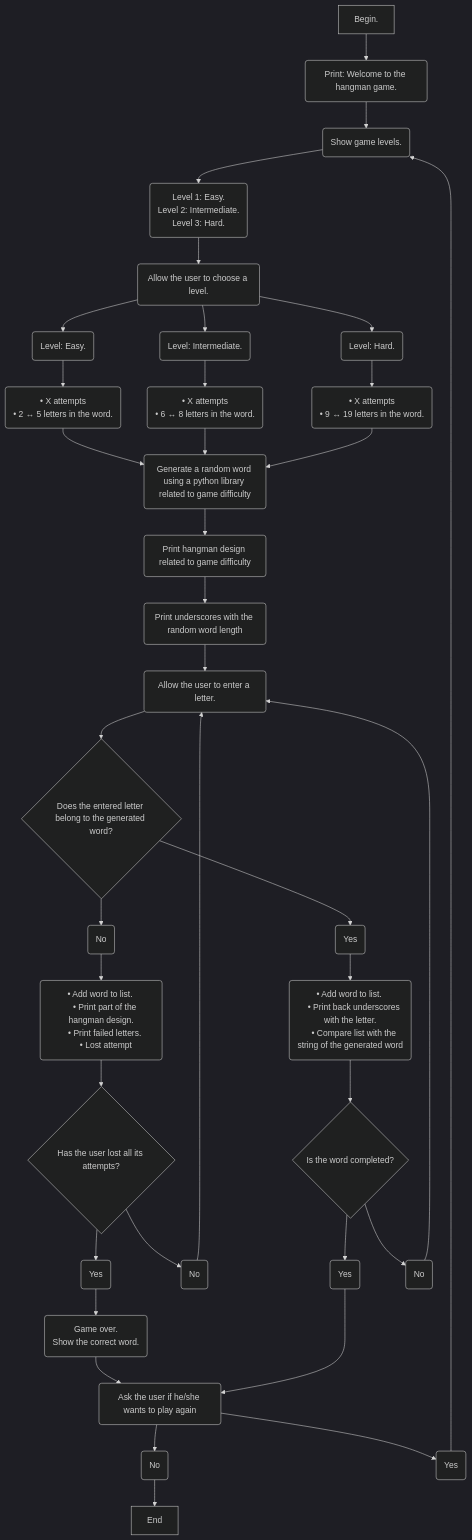
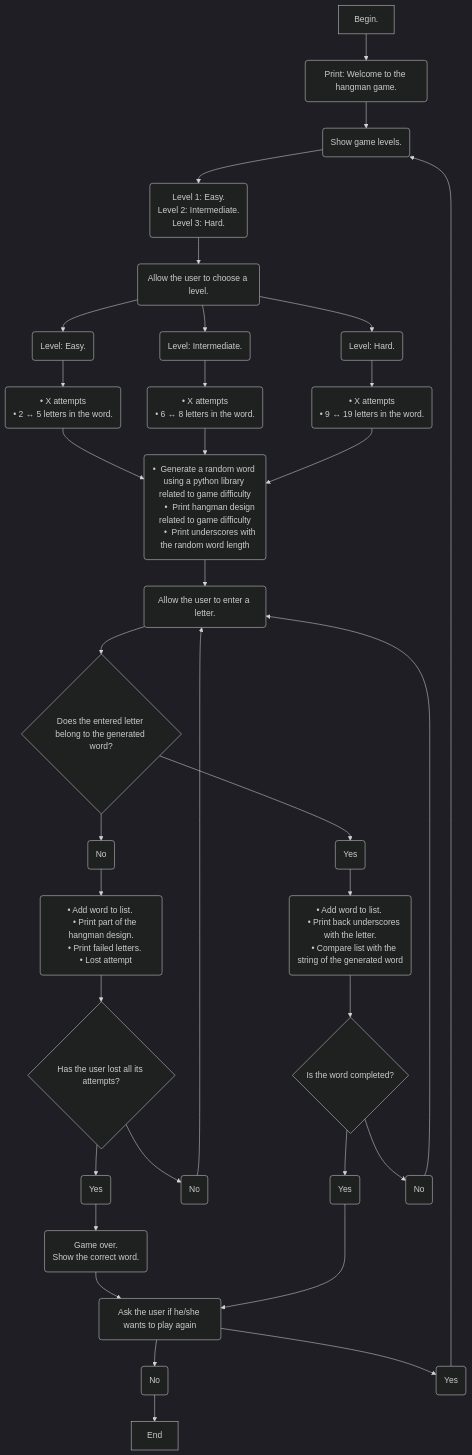
One commit to JanaRubiano/Hangman_Game changed the diagram in README.md. Above: the diagram before and after it, drawn with Mermaid (dark theme).

````diff
--- a/README.md
+++ b/README.md
@@ -31,45 +31,46 @@
 ```mermaid
 
 flowchart TD
 
     A[Begin.] -->B(Print: Welcome to the hangman game.) -->C(Show game levels.)
     --> D("Level 1: Easy.
     Level 2: Intermediate.
     Level 3: Hard.")
     --> E(Allow the user to choose a level.)
     E --> F(Level: Easy.) --> I(" • X attempts
     • 2 ↔ 5 letters in the word.
     ") -->L
     E --> G(Level: Intermediate.) --> J(" •  X attempts
     • 6 ↔ 8 letters in the word.
     ") -->L
     E --> H(Level: Hard.) --> K(" •  X attempts
    •  9 ↔ 19 letters in the word.
     ") 
-    --> L(Generate a random word using a python library related to game difficulty) 
-    --> N(Print hangman design related to game difficulty)
-    --> Q(Print underscores with the random word length)
+    --> L(" •  Generate a random word using a python library related to game difficulty
+     •  Print hangman design related to game difficulty
+     •  Print underscores with the random word length
+    ") 
     --> W(Allow the user to enter a letter.)
     --> R{Does the entered letter belong to the generated word?}
     R -->n(No) --> q("• Add word to list. 
     • Print part of the hangman design.
     • Print failed letters. 
     • Lost attempt
     ") -->u{Has the user lost all its attempts?}
     u -->o(Yes) -->S("Game over. 
     Show the correct word. 
     ") --> P
     u--> t(No) --> W
     
 
     R -->Y(Yes) --> T(" • Add word to list. 
     • Print back underscores with the letter.
     • Compare list with the string of the generated word
     ") -->U{Is the word completed?} 
     U -->O(Yes) --> P(Ask the user if he/she wants to play again)
     P --> b(No) --> w[End]
     P--> a(Yes) -->C
     U --> i(No) -->W
    
 
 ```
````
